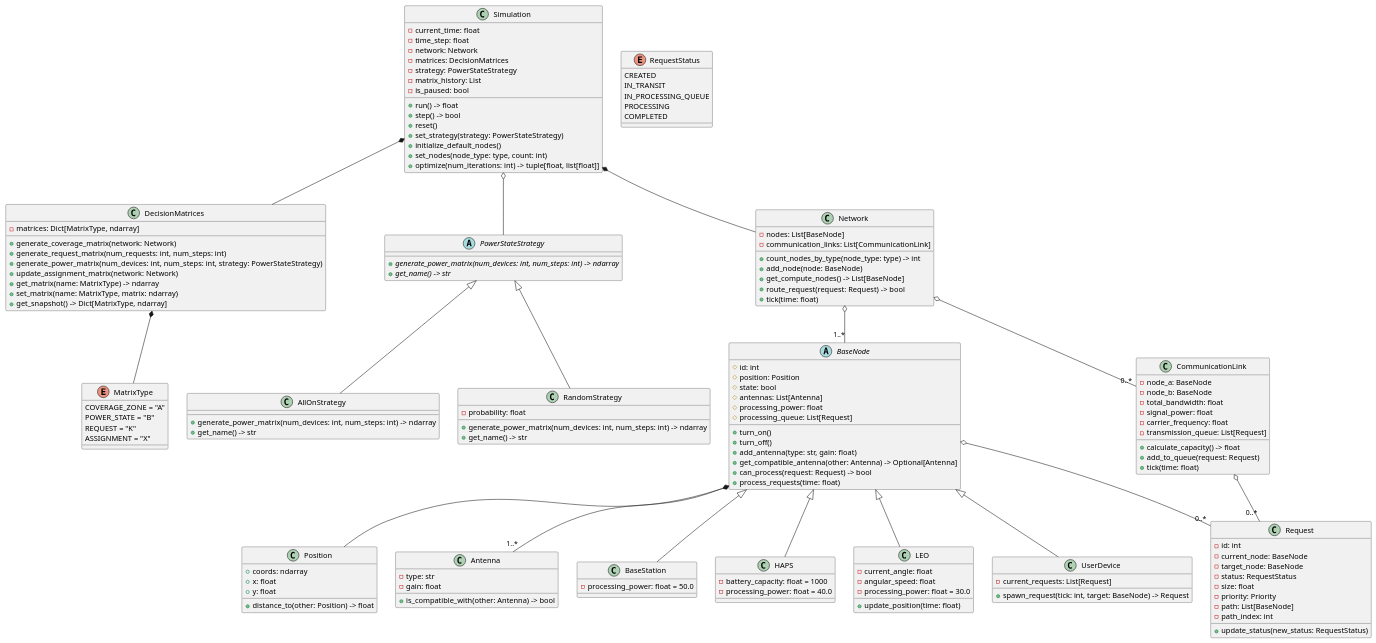
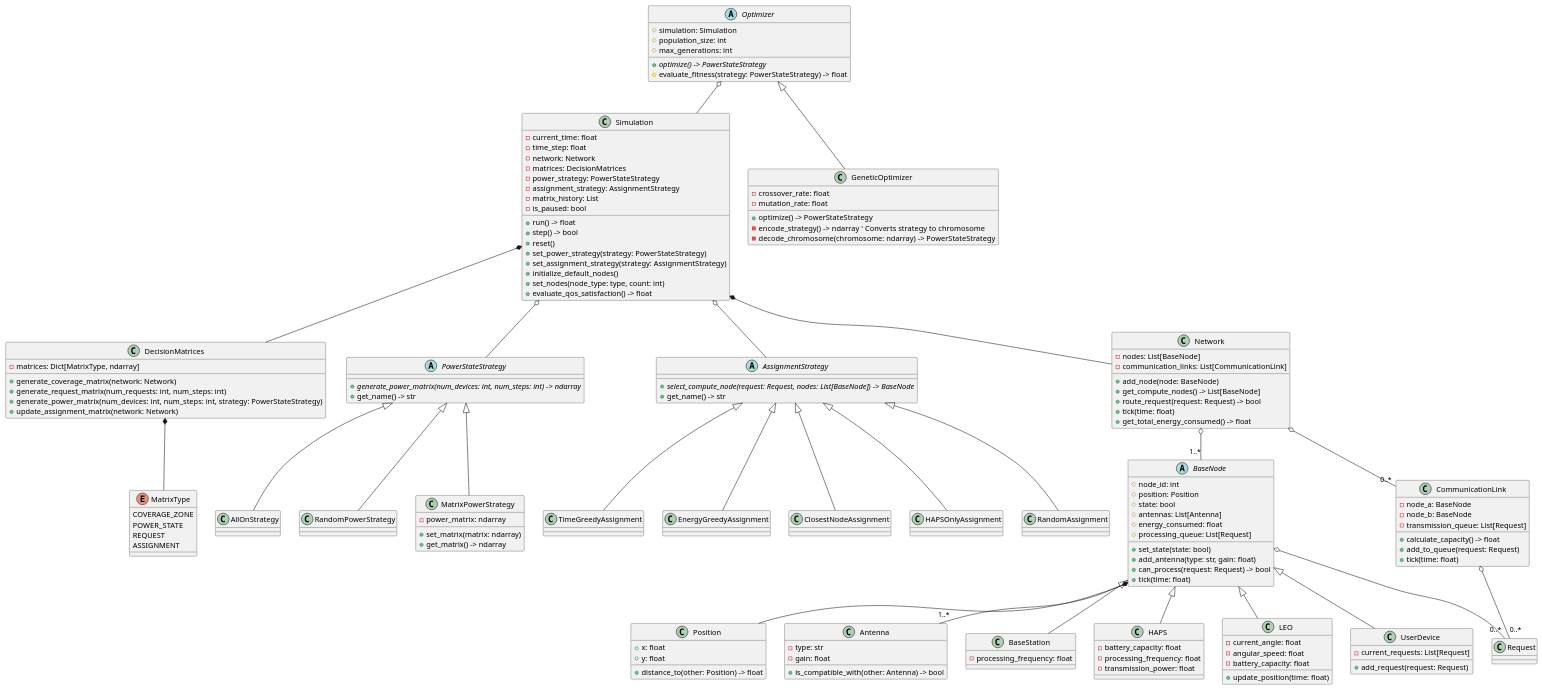
The diagram in doc/class_diagram.puml (SimonR99/OptimisationNTN), drawn with PlantUML before and after one commit.

Commit message:
62 update the plantuml schematic and adapt it for new algorithm (#66)
* update diagram

* update uml

```diff
--- a/doc/class_diagram.puml
+++ b/doc/class_diagram.puml
@@ -1,162 +1,163 @@
 @startuml
 
 ' Core Components
 class Simulation {
   - current_time: float
   - time_step: float
   - network: Network
   - matrices: DecisionMatrices
-  - strategy: PowerStateStrategy
+  - power_strategy: PowerStateStrategy
+  - assignment_strategy: AssignmentStrategy
   - matrix_history: List
   - is_paused: bool
   + run() -> float
   + step() -> bool
   + reset()
-  + set_strategy(strategy: PowerStateStrategy)
+  + set_power_strategy(strategy: PowerStateStrategy)
+  + set_assignment_strategy(strategy: AssignmentStrategy)
   + initialize_default_nodes()
   + set_nodes(node_type: type, count: int)
-  + optimize(num_iterations: int) -> tuple[float, list[float]]
+  + evaluate_qos_satisfaction() -> float
 }
 
 class DecisionMatrices {
   - matrices: Dict[MatrixType, ndarray]
   + generate_coverage_matrix(network: Network)
   + generate_request_matrix(num_requests: int, num_steps: int)
   + generate_power_matrix(num_devices: int, num_steps: int, strategy: PowerStateStrategy)
   + update_assignment_matrix(network: Network)
-  + get_matrix(name: MatrixType) -> ndarray
-  + set_matrix(name: MatrixType, matrix: ndarray)
-  + get_snapshot() -> Dict[MatrixType, ndarray]
 }
 
+' Strategy Hierarchy
 abstract class PowerStateStrategy {
   + {abstract} generate_power_matrix(num_devices: int, num_steps: int) -> ndarray
-  + {abstract} get_name() -> str
-}
-
-class AllOnStrategy extends PowerStateStrategy {
-  + generate_power_matrix(num_devices: int, num_steps: int) -> ndarray
   + get_name() -> str
 }
 
-class RandomStrategy extends PowerStateStrategy {
-  - probability: float
-  + generate_power_matrix(num_devices: int, num_steps: int) -> ndarray
+abstract class AssignmentStrategy {
+  + {abstract} select_compute_node(request: Request, nodes: List[BaseNode]) -> BaseNode
   + get_name() -> str
 }
 
-enum MatrixType {
-  COVERAGE_ZONE = "A"
-  POWER_STATE = "B"
-  REQUEST = "K"
-  ASSIGNMENT = "X"
+' Power State Implementations
+class AllOnStrategy extends PowerStateStrategy
+class RandomPowerStrategy extends PowerStateStrategy
+class MatrixPowerStrategy extends PowerStateStrategy {
+  - power_matrix: ndarray
+  + set_matrix(matrix: ndarray)
+  + get_matrix() -> ndarray
 }
 
+' Assignment Implementations
+class TimeGreedyAssignment extends AssignmentStrategy
+class EnergyGreedyAssignment extends AssignmentStrategy
+class ClosestNodeAssignment extends AssignmentStrategy
+class HAPSOnlyAssignment extends AssignmentStrategy
+class RandomAssignment extends AssignmentStrategy
+
+' Network Components
 class Network {
   - nodes: List[BaseNode]
   - communication_links: List[CommunicationLink]
-  + count_nodes_by_type(node_type: type) -> int
   + add_node(node: BaseNode)
   + get_compute_nodes() -> List[BaseNode]
   + route_request(request: Request) -> bool
   + tick(time: float)
+  + get_total_energy_consumed() -> float
 }
 
 abstract class BaseNode {
-  # id: int
+  # node_id: int
   # position: Position
   # state: bool
   # antennas: List[Antenna]
-  # processing_power: float
+  # energy_consumed: float
   # processing_queue: List[Request]
-  + turn_on()
-  + turn_off()
+  + set_state(state: bool)
   + add_antenna(type: str, gain: float)
-  + get_compatible_antenna(other: Antenna) -> Optional[Antenna]
   + can_process(request: Request) -> bool
-  + process_requests(time: float)
+  + tick(time: float)
 }
 
 class Position {
-  + coords: ndarray
   + x: float
   + y: float
   + distance_to(other: Position) -> float
 }
 
 class Antenna {
   - type: str
   - gain: float
   + is_compatible_with(other: Antenna) -> bool
 }
 
 class BaseStation extends BaseNode {
-  - processing_power: float = 50.0
+  - processing_frequency: float
 }
 
 class HAPS extends BaseNode {
-  - battery_capacity: float = 1000
-  - processing_power: float = 40.0
+  - battery_capacity: float
+  - processing_frequency: float
+  - transmission_power: float
 }
 
 class LEO extends BaseNode {
   - current_angle: float
   - angular_speed: float
-  - processing_power: float = 30.0
+  - battery_capacity: float
   + update_position(time: float)
 }
 
 class UserDevice extends BaseNode {
   - current_requests: List[Request]
-  + spawn_request(tick: int, target: BaseNode) -> Request
+  + add_request(request: Request)
 }
 
 class CommunicationLink {
   - node_a: BaseNode
   - node_b: BaseNode
-  - total_bandwidth: float
-  - signal_power: float
-  - carrier_frequency: float
   - transmission_queue: List[Request]
   + calculate_capacity() -> float
   + add_to_queue(request: Request)
   + tick(time: float)
 }
 
-class Request {
-  - id: int
-  - current_node: BaseNode
-  - target_node: BaseNode
-  - status: RequestStatus
-  - size: float
-  - priority: Priority
-  - path: List[BaseNode]
-  - path_index: int
-  + update_status(new_status: RequestStatus)
+' Optimizers
+abstract class Optimizer {
+  # simulation: Simulation
+  # population_size: int
+  # max_generations: int
+  + {abstract} optimize() -> PowerStateStrategy
+  # evaluate_fitness(strategy: PowerStateStrategy) -> float
 }
 
-enum RequestStatus {
-  CREATED
-  IN_TRANSIT
-  IN_PROCESSING_QUEUE
-  PROCESSING
-  COMPLETED
+class GeneticOptimizer extends Optimizer {
+  - crossover_rate: float
+  - mutation_rate: float
+  + optimize() -> PowerStateStrategy
+  - encode_strategy() -> ndarray  ' Converts strategy to chromosome
+  - decode_chromosome(chromosome: ndarray) -> PowerStateStrategy
+}
+
+enum MatrixType {
+  COVERAGE_ZONE
+  POWER_STATE
+  REQUEST
+  ASSIGNMENT
 }
 
 ' Relationships
 Simulation *-- Network
 Simulation *-- DecisionMatrices
 Simulation o-- PowerStateStrategy
-
+Simulation o-- AssignmentStrategy
 DecisionMatrices *-- MatrixType
-
 Network o-- "1..*" BaseNode
 Network o-- "0..*" CommunicationLink
-
 BaseNode *-- Position
 BaseNode o-- "1..*" Antenna
 BaseNode o-- "0..*" Request
-
 CommunicationLink o-- "0..*" Request
+Optimizer o-- Simulation
 
 @enduml
```
